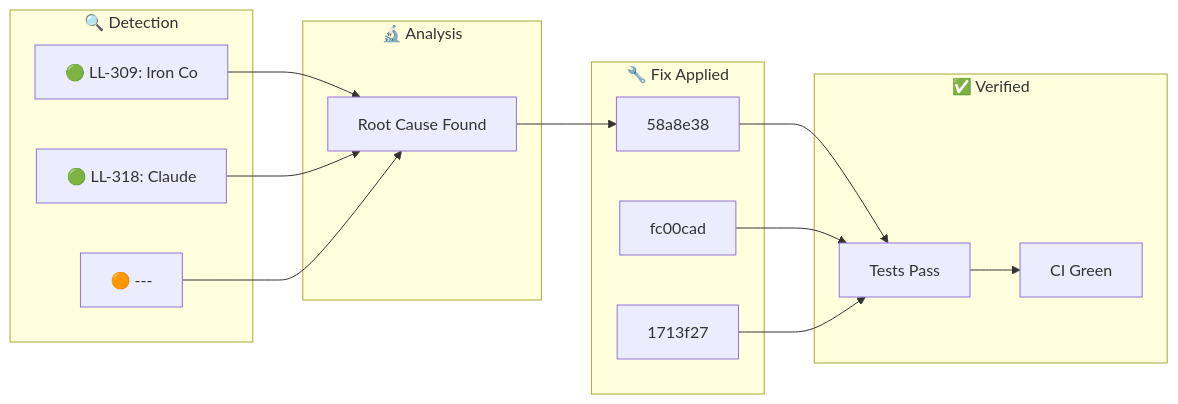
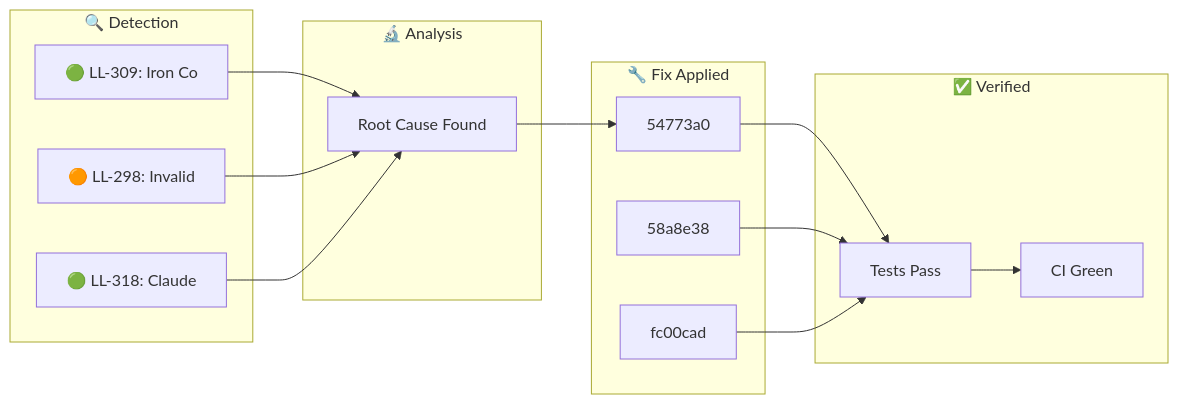
The diagram in docs/_posts/2026-01-28-ralph-discovery.md (YoByron/trading), drawn with Mermaid before and after one commit. The commit also changed other lines of this file, not shown here.

````diff
--- a/docs/_posts/2026-01-28-ralph-discovery.md
+++ b/docs/_posts/2026-01-28-ralph-discovery.md
@@ -17,28 +17,28 @@
 ```mermaid
 flowchart LR
     subgraph Detection["🔍 Detection"]
         D1["🟢 LL-309: Iron Co"]
-        D2["🟢 LL-318: Claude "]
-        D3["🟠 ---"]
+        D2["🟠 LL-298: Invalid"]
+        D3["🟢 LL-318: Claude "]
     end
     subgraph Analysis["🔬 Analysis"]
         A1["Root Cause Found"]
     end
     subgraph Fix["🔧 Fix Applied"]
-        F1["58a8e38"]
-        F2["fc00cad"]
-        F3["1713f27"]
+        F1["54773a0"]
+        F2["58a8e38"]
+        F3["fc00cad"]
     end
     subgraph Verify["✅ Verified"]
         V1["Tests Pass"]
         V2["CI Green"]
     end
     D1 --> A1
     D2 --> A1
     D3 --> A1
     A1 --> F1
     F1 --> V1
     F2 --> V1
     F3 --> V1
     V1 --> V2
 ```
````
